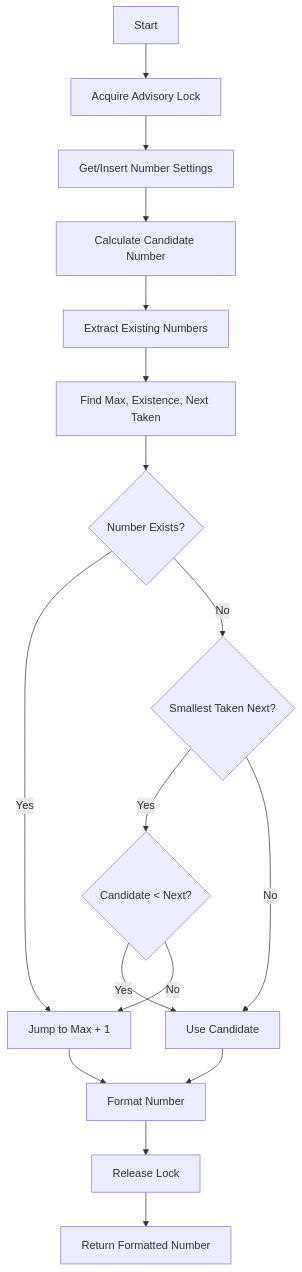
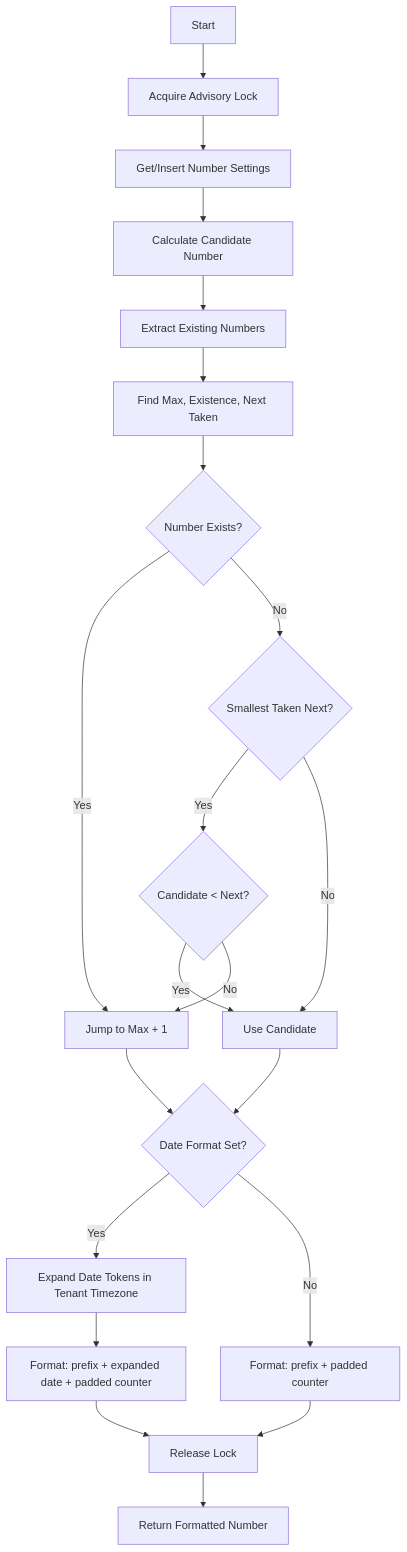
Before and after one commit to Nine-Minds/alga-psa: the diagram in docs/billing/invoice_number_flowchart.md, drawn with Mermaid. The commit also changed other lines of this file, not shown here.

Commit message:
docs: reflect Add optional date tokens to number prefixes (#3305)
The flowchart step 7 previously said only "Applies prefix and padding
as needed." The PR introduces an optional prefix_date_format field that
expands date tokens ({YYYY}, {YY}, {MM}, {DD}) and inserts the result
between the static prefix and the padded counter. Update the Mermaid
diagram to show the date-format branch and expand the Key Steps
explanation to describe the new formatting model.

````diff
--- a/docs/billing/invoice_number_flowchart.md
+++ b/docs/billing/invoice_number_flowchart.md
@@ -3,19 +3,23 @@
 ```mermaid
 flowchart TD
     A[Start] --> B[Acquire Advisory Lock]
     B --> C[Get/Insert Number Settings]
     C --> D[Calculate Candidate Number]
     D --> E[Extract Existing Numbers]
     E --> F[Find Max, Existence, Next Taken]
     F --> G{Number Exists?}
     G -->|Yes| H[Jump to Max + 1]
     G -->|No| I{Smallest Taken Next?}
     I -->|Yes| J{Candidate < Next?}
     J -->|Yes| K[Use Candidate]
     J -->|No| H
     I -->|No| K
-    K --> L[Format Number]
+    K --> L{Date Format Set?}
     H --> L
-    L --> M[Release Lock]
-    M --> N[Return Formatted Number]
+    L -->|Yes| M[Expand Date Tokens in Tenant Timezone]
+    L -->|No| N[Format: prefix + padded counter]
+    M --> O[Format: prefix + expanded date + padded counter]
+    N --> P[Release Lock]
+    O --> P
+    P --> Q[Return Formatted Number]
 ```
````
